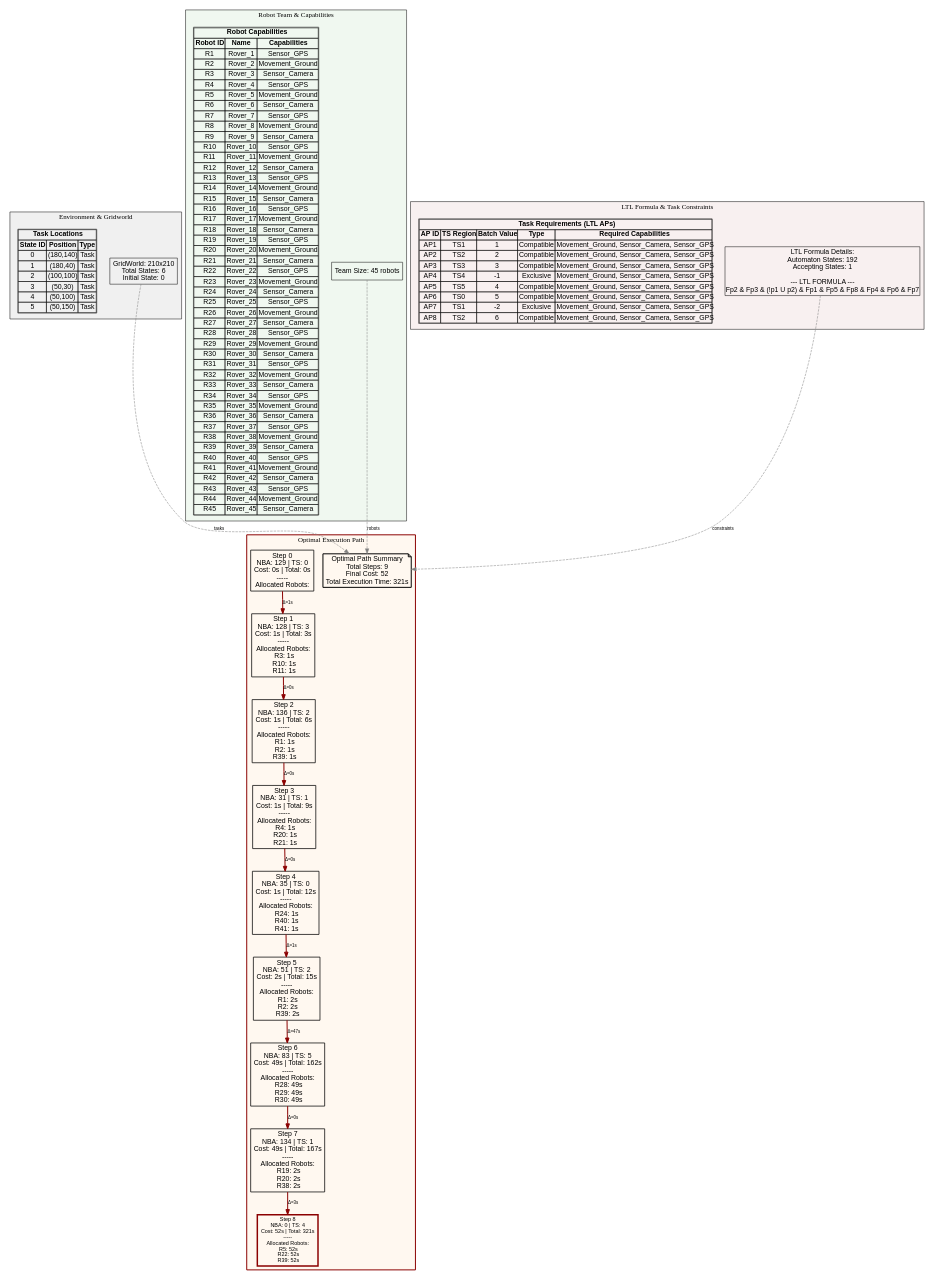
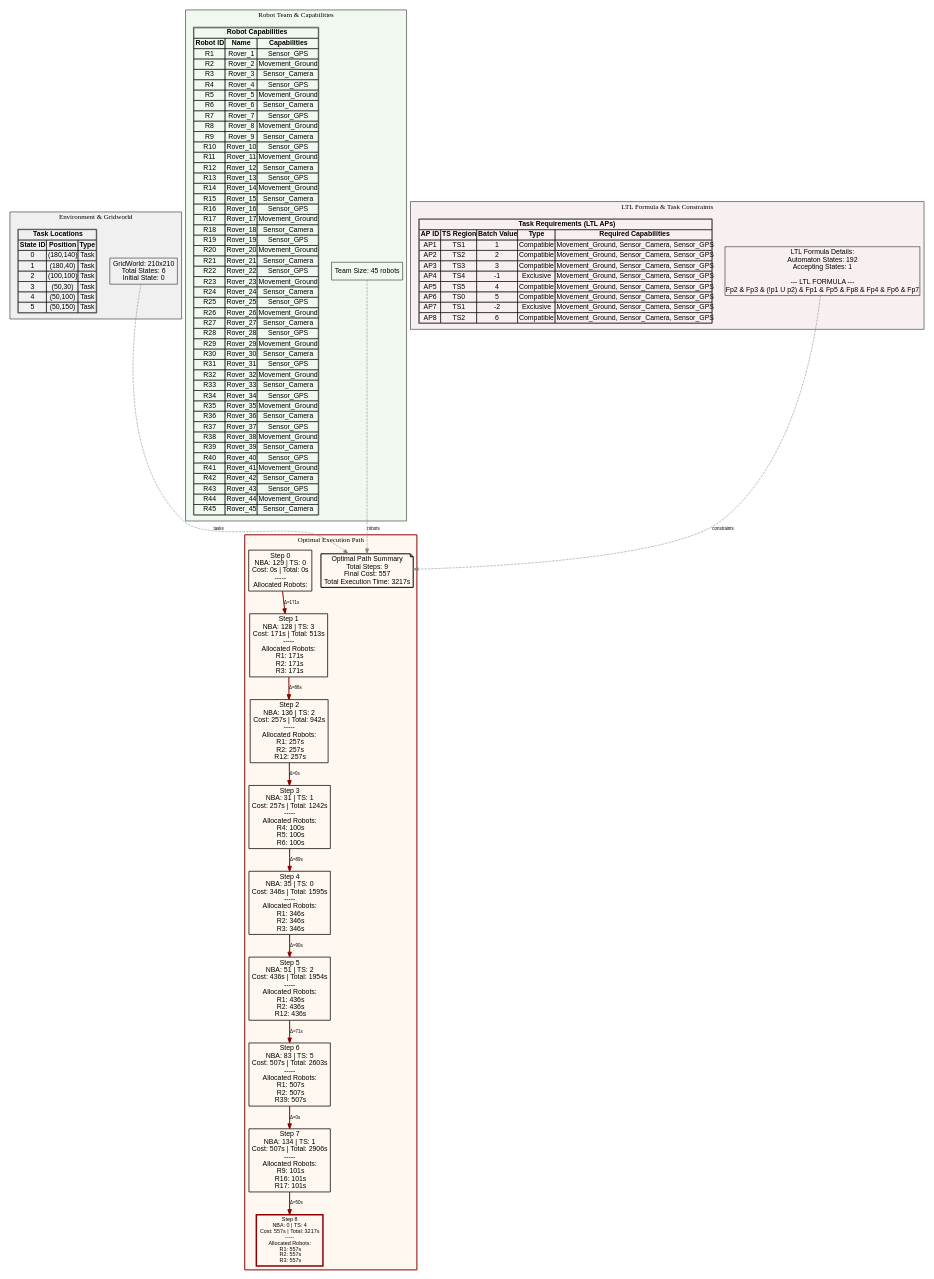
Before and after one commit to jrourke48/HMRTA_with_Multi-Capability_Robots: the diagram in MCTB-PDT/organizedtests/automaton_states_batch/output/automaton_test_3intertaskconstraints_15_path.dot, drawn with Graphviz. The commit also changed 316 other files, not shown here.

```diff
--- a/MCTB-PDT/organizedtests/automaton_states_batch/output/automaton_test_3intertaskconstraints_15_path.dot
+++ b/MCTB-PDT/organizedtests/automaton_states_batch/output/automaton_test_3intertaskconstraints_15_path.dot
@@ -1,148 +1,148 @@
 digraph ComprehensiveOptimalPath {
   rankdir=TB;
   concentrate=true;
   node [fontname=Arial];
   edge [fontname=Arial, fontsize=9];
 
   subgraph cluster_environment {
     label="Environment & Gridworld";
     style=filled;
     fillcolor="#F0F0F0";
     color=black;
 
     env_info [shape=box, label="GridWorld: 210x210\nTotal States: 6\nInitial State: 0\n", fillcolor="#E8F4F8"];
 
     env_tasks [shape=plaintext, label=<
       <TABLE BORDER="1" CELLBORDER="1" CELLSPACING="0">
         <TR><TD COLSPAN="3"><B>Task Locations</B></TD></TR>
         <TR><TD><B>State ID</B></TD><TD><B>Position</B></TD><TD><B>Type</B></TD></TR>
         <TR><TD>0</TD><TD>(180,140)</TD><TD>Task</TD></TR>
         <TR><TD>1</TD><TD>(180,40)</TD><TD>Task</TD></TR>
         <TR><TD>2</TD><TD>(100,100)</TD><TD>Task</TD></TR>
         <TR><TD>3</TD><TD>(50,30)</TD><TD>Task</TD></TR>
         <TR><TD>4</TD><TD>(50,100)</TD><TD>Task</TD></TR>
         <TR><TD>5</TD><TD>(50,150)</TD><TD>Task</TD></TR>
       </TABLE>
     >];
   }
 
   subgraph cluster_robots {
     label="Robot Team & Capabilities";
     style=filled;
     fillcolor="#F0F8F0";
     color=black;
 
     team_info [shape=box, label="Team Size: 45 robots\n", fillcolor="#E8F8E8"];
 
     robot_caps [shape=plaintext, label=<
       <TABLE BORDER="1" CELLBORDER="1" CELLSPACING="0">
         <TR><TD COLSPAN="3"><B>Robot Capabilities</B></TD></TR>
         <TR><TD><B>Robot ID</B></TD><TD><B>Name</B></TD><TD><B>Capabilities</B></TD></TR>
         <TR><TD>R1</TD><TD>Rover_1</TD><TD>Sensor_GPS</TD></TR>
         <TR><TD>R2</TD><TD>Rover_2</TD><TD>Movement_Ground</TD></TR>
         <TR><TD>R3</TD><TD>Rover_3</TD><TD>Sensor_Camera</TD></TR>
         <TR><TD>R4</TD><TD>Rover_4</TD><TD>Sensor_GPS</TD></TR>
         <TR><TD>R5</TD><TD>Rover_5</TD><TD>Movement_Ground</TD></TR>
         <TR><TD>R6</TD><TD>Rover_6</TD><TD>Sensor_Camera</TD></TR>
         <TR><TD>R7</TD><TD>Rover_7</TD><TD>Sensor_GPS</TD></TR>
         <TR><TD>R8</TD><TD>Rover_8</TD><TD>Movement_Ground</TD></TR>
         <TR><TD>R9</TD><TD>Rover_9</TD><TD>Sensor_Camera</TD></TR>
         <TR><TD>R10</TD><TD>Rover_10</TD><TD>Sensor_GPS</TD></TR>
         <TR><TD>R11</TD><TD>Rover_11</TD><TD>Movement_Ground</TD></TR>
         <TR><TD>R12</TD><TD>Rover_12</TD><TD>Sensor_Camera</TD></TR>
         <TR><TD>R13</TD><TD>Rover_13</TD><TD>Sensor_GPS</TD></TR>
         <TR><TD>R14</TD><TD>Rover_14</TD><TD>Movement_Ground</TD></TR>
         <TR><TD>R15</TD><TD>Rover_15</TD><TD>Sensor_Camera</TD></TR>
         <TR><TD>R16</TD><TD>Rover_16</TD><TD>Sensor_GPS</TD></TR>
         <TR><TD>R17</TD><TD>Rover_17</TD><TD>Movement_Ground</TD></TR>
         <TR><TD>R18</TD><TD>Rover_18</TD><TD>Sensor_Camera</TD></TR>
         <TR><TD>R19</TD><TD>Rover_19</TD><TD>Sensor_GPS</TD></TR>
         <TR><TD>R20</TD><TD>Rover_20</TD><TD>Movement_Ground</TD></TR>
         <TR><TD>R21</TD><TD>Rover_21</TD><TD>Sensor_Camera</TD></TR>
         <TR><TD>R22</TD><TD>Rover_22</TD><TD>Sensor_GPS</TD></TR>
         <TR><TD>R23</TD><TD>Rover_23</TD><TD>Movement_Ground</TD></TR>
         <TR><TD>R24</TD><TD>Rover_24</TD><TD>Sensor_Camera</TD></TR>
         <TR><TD>R25</TD><TD>Rover_25</TD><TD>Sensor_GPS</TD></TR>
         <TR><TD>R26</TD><TD>Rover_26</TD><TD>Movement_Ground</TD></TR>
         <TR><TD>R27</TD><TD>Rover_27</TD><TD>Sensor_Camera</TD></TR>
         <TR><TD>R28</TD><TD>Rover_28</TD><TD>Sensor_GPS</TD></TR>
         <TR><TD>R29</TD><TD>Rover_29</TD><TD>Movement_Ground</TD></TR>
         <TR><TD>R30</TD><TD>Rover_30</TD><TD>Sensor_Camera</TD></TR>
         <TR><TD>R31</TD><TD>Rover_31</TD><TD>Sensor_GPS</TD></TR>
         <TR><TD>R32</TD><TD>Rover_32</TD><TD>Movement_Ground</TD></TR>
         <TR><TD>R33</TD><TD>Rover_33</TD><TD>Sensor_Camera</TD></TR>
         <TR><TD>R34</TD><TD>Rover_34</TD><TD>Sensor_GPS</TD></TR>
         <TR><TD>R35</TD><TD>Rover_35</TD><TD>Movement_Ground</TD></TR>
         <TR><TD>R36</TD><TD>Rover_36</TD><TD>Sensor_Camera</TD></TR>
         <TR><TD>R37</TD><TD>Rover_37</TD><TD>Sensor_GPS</TD></TR>
         <TR><TD>R38</TD><TD>Rover_38</TD><TD>Movement_Ground</TD></TR>
         <TR><TD>R39</TD><TD>Rover_39</TD><TD>Sensor_Camera</TD></TR>
         <TR><TD>R40</TD><TD>Rover_40</TD><TD>Sensor_GPS</TD></TR>
         <TR><TD>R41</TD><TD>Rover_41</TD><TD>Movement_Ground</TD></TR>
         <TR><TD>R42</TD><TD>Rover_42</TD><TD>Sensor_Camera</TD></TR>
         <TR><TD>R43</TD><TD>Rover_43</TD><TD>Sensor_GPS</TD></TR>
         <TR><TD>R44</TD><TD>Rover_44</TD><TD>Movement_Ground</TD></TR>
         <TR><TD>R45</TD><TD>Rover_45</TD><TD>Sensor_Camera</TD></TR>
       </TABLE>
     >];
   }
 
   subgraph cluster_ltl {
     label="LTL Formula & Task Constraints";
     style=filled;
     fillcolor="#F8F0F0";
     color=black;
 
     ltl_info [shape=box, label="LTL Formula Details:\nAutomaton States: 192\nAccepting States: 1\n\n--- LTL FORMULA ---\nFp2 & Fp3 & (!p1 U p2) & Fp1 & Fp5 & Fp8 & Fp4 & Fp6 & Fp7", fillcolor="#F8E8E8"];
 
     ltl_tasks [shape=plaintext, label=<
       <TABLE BORDER="1" CELLBORDER="1" CELLSPACING="0">
         <TR><TD COLSPAN="5"><B>Task Requirements (LTL APs)</B></TD></TR>
         <TR><TD><B>AP ID</B></TD><TD><B>TS Region</B></TD><TD><B>Batch Value</B></TD><TD><B>Type</B></TD><TD><B>Required Capabilities</B></TD></TR>
         <TR><TD>AP1</TD><TD>TS1</TD><TD>1</TD><TD>Compatible</TD><TD>Movement_Ground, Sensor_Camera, Sensor_GPS</TD></TR>
         <TR><TD>AP2</TD><TD>TS2</TD><TD>2</TD><TD>Compatible</TD><TD>Movement_Ground, Sensor_Camera, Sensor_GPS</TD></TR>
         <TR><TD>AP3</TD><TD>TS3</TD><TD>3</TD><TD>Compatible</TD><TD>Movement_Ground, Sensor_Camera, Sensor_GPS</TD></TR>
         <TR><TD>AP4</TD><TD>TS4</TD><TD>-1</TD><TD>Exclusive</TD><TD>Movement_Ground, Sensor_Camera, Sensor_GPS</TD></TR>
         <TR><TD>AP5</TD><TD>TS5</TD><TD>4</TD><TD>Compatible</TD><TD>Movement_Ground, Sensor_Camera, Sensor_GPS</TD></TR>
         <TR><TD>AP6</TD><TD>TS0</TD><TD>5</TD><TD>Compatible</TD><TD>Movement_Ground, Sensor_Camera, Sensor_GPS</TD></TR>
         <TR><TD>AP7</TD><TD>TS1</TD><TD>-2</TD><TD>Exclusive</TD><TD>Movement_Ground, Sensor_Camera, Sensor_GPS</TD></TR>
         <TR><TD>AP8</TD><TD>TS2</TD><TD>6</TD><TD>Compatible</TD><TD>Movement_Ground, Sensor_Camera, Sensor_GPS</TD></TR>
       </TABLE>
     >];
   }
 
   subgraph cluster_path {
     label="Optimal Execution Path";
     style=filled;
     fillcolor="#FFF8F0";
     color=darkred;
     penwidth=2;
 
-    path_summary [shape=note, label="Optimal Path Summary\nTotal Steps: 9\nFinal Cost: 52\nTotal Execution Time: 321s\n", fillcolor="#FFFFCC", penwidth=2];
+    path_summary [shape=note, label="Optimal Path Summary\nTotal Steps: 9\nFinal Cost: 557\nTotal Execution Time: 3217s\n", fillcolor="#FFFFCC", penwidth=2];
 
     opt_0 [shape=box, label="Step 0\nNBA: 129 | TS: 0\nCost: 0s | Total: 0s\n-----\nAllocated Robots:\n", fillcolor="#B3E5FC", penwidth=1.5];
-    opt_1 [shape=box, label="Step 1\nNBA: 128 | TS: 3\nCost: 1s | Total: 3s\n-----\nAllocated Robots:\n  R3: 1s\n  R10: 1s\n  R11: 1s\n", fillcolor="#B3E5FC", penwidth=1.5];
-    opt_2 [shape=box, label="Step 2\nNBA: 136 | TS: 2\nCost: 1s | Total: 6s\n-----\nAllocated Robots:\n  R1: 1s\n  R2: 1s\n  R39: 1s\n", fillcolor="#B3E5FC", penwidth=1.5];
-    opt_3 [shape=box, label="Step 3\nNBA: 31 | TS: 1\nCost: 1s | Total: 9s\n-----\nAllocated Robots:\n  R4: 1s\n  R20: 1s\n  R21: 1s\n", fillcolor="#B3E5FC", penwidth=1.5];
-    opt_4 [shape=box, label="Step 4\nNBA: 35 | TS: 0\nCost: 1s | Total: 12s\n-----\nAllocated Robots:\n  R24: 1s\n  R40: 1s\n  R41: 1s\n", fillcolor="#B3E5FC", penwidth=1.5];
-    opt_5 [shape=box, label="Step 5\nNBA: 51 | TS: 2\nCost: 2s | Total: 15s\n-----\nAllocated Robots:\n  R1: 2s\n  R2: 2s\n  R39: 2s\n", fillcolor="#B3E5FC", penwidth=1.5];
-    opt_6 [shape=box, label="Step 6\nNBA: 83 | TS: 5\nCost: 49s | Total: 162s\n-----\nAllocated Robots:\n  R28: 49s\n  R29: 49s\n  R30: 49s\n", fillcolor="#B3E5FC", penwidth=1.5];
-    opt_7 [shape=box, label="Step 7\nNBA: 134 | TS: 1\nCost: 49s | Total: 167s\n-----\nAllocated Robots:\n  R19: 2s\n  R20: 2s\n  R38: 2s\n", fillcolor="#B3E5FC", penwidth=1.5];
-    opt_8 [shape=box, label="Step 8\nNBA: 0 | TS: 4\nCost: 52s | Total: 321s\n-----\nAllocated Robots:\n  R5: 52s\n  R22: 52s\n  R39: 52s\n", fillcolor="#FF6B6B", penwidth=3, color=darkred, fontweight=bold, fontsize=11];
+    opt_1 [shape=box, label="Step 1\nNBA: 128 | TS: 3\nCost: 171s | Total: 513s\n-----\nAllocated Robots:\n  R1: 171s\n  R2: 171s\n  R3: 171s\n", fillcolor="#B3E5FC", penwidth=1.5];
+    opt_2 [shape=box, label="Step 2\nNBA: 136 | TS: 2\nCost: 257s | Total: 942s\n-----\nAllocated Robots:\n  R1: 257s\n  R2: 257s\n  R12: 257s\n", fillcolor="#B3E5FC", penwidth=1.5];
+    opt_3 [shape=box, label="Step 3\nNBA: 31 | TS: 1\nCost: 257s | Total: 1242s\n-----\nAllocated Robots:\n  R4: 100s\n  R5: 100s\n  R6: 100s\n", fillcolor="#B3E5FC", penwidth=1.5];
+    opt_4 [shape=box, label="Step 4\nNBA: 35 | TS: 0\nCost: 346s | Total: 1595s\n-----\nAllocated Robots:\n  R1: 346s\n  R2: 346s\n  R3: 346s\n", fillcolor="#B3E5FC", penwidth=1.5];
+    opt_5 [shape=box, label="Step 5\nNBA: 51 | TS: 2\nCost: 436s | Total: 1954s\n-----\nAllocated Robots:\n  R1: 436s\n  R2: 436s\n  R12: 436s\n", fillcolor="#B3E5FC", penwidth=1.5];
+    opt_6 [shape=box, label="Step 6\nNBA: 83 | TS: 5\nCost: 507s | Total: 2603s\n-----\nAllocated Robots:\n  R1: 507s\n  R2: 507s\n  R39: 507s\n", fillcolor="#B3E5FC", penwidth=1.5];
+    opt_7 [shape=box, label="Step 7\nNBA: 134 | TS: 1\nCost: 507s | Total: 2906s\n-----\nAllocated Robots:\n  R9: 101s\n  R16: 101s\n  R17: 101s\n", fillcolor="#B3E5FC", penwidth=1.5];
+    opt_8 [shape=box, label="Step 8\nNBA: 0 | TS: 4\nCost: 557s | Total: 3217s\n-----\nAllocated Robots:\n  R1: 557s\n  R2: 557s\n  R3: 557s\n", fillcolor="#FF6B6B", penwidth=3, color=darkred, fontweight=bold, fontsize=11];
 
-    opt_0 -> opt_1 [label="Δ=1s", penwidth=2, color=darkred];
-    opt_1 -> opt_2 [label="Δ=0s", penwidth=2, color=darkred];
+    opt_0 -> opt_1 [label="Δ=171s", penwidth=2, color=darkred];
+    opt_1 -> opt_2 [label="Δ=86s", penwidth=2, color=darkred];
     opt_2 -> opt_3 [label="Δ=0s", penwidth=2, color=darkred];
-    opt_3 -> opt_4 [label="Δ=0s", penwidth=2, color=darkred];
-    opt_4 -> opt_5 [label="Δ=1s", penwidth=2, color=darkred];
-    opt_5 -> opt_6 [label="Δ=47s", penwidth=2, color=darkred];
+    opt_3 -> opt_4 [label="Δ=89s", penwidth=2, color=darkred];
+    opt_4 -> opt_5 [label="Δ=90s", penwidth=2, color=darkred];
+    opt_5 -> opt_6 [label="Δ=71s", penwidth=2, color=darkred];
     opt_6 -> opt_7 [label="Δ=0s", penwidth=2, color=darkred];
-    opt_7 -> opt_8 [label="Δ=3s", penwidth=2, color=darkred];
+    opt_7 -> opt_8 [label="Δ=50s", penwidth=2, color=darkred];
   }
 
   // Connections between clusters
   env_info -> path_summary [style=dashed, color=gray, label="tasks"];
   team_info -> path_summary [style=dashed, color=gray, label="robots"];
   ltl_info -> path_summary [style=dashed, color=gray, label="constraints"];
 
 }
```
